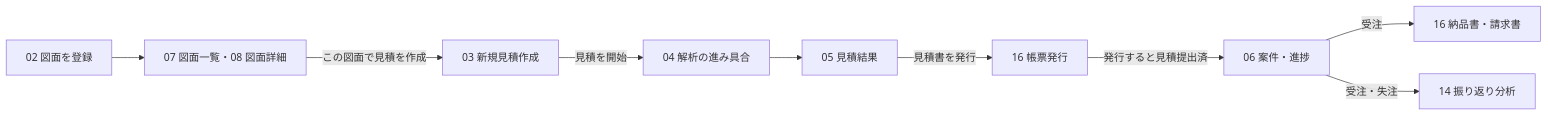
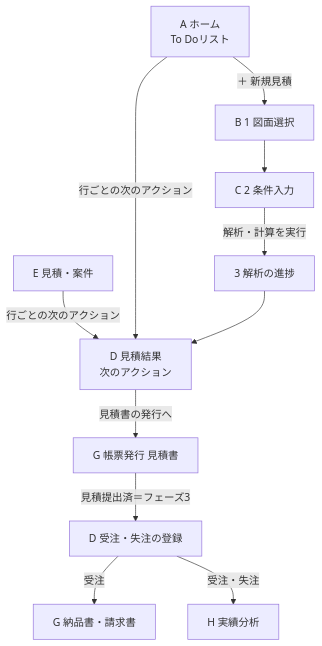
The diagram in docs/03_画面設計書.md (1975020t/step_analysis_for_automatic-estimate), drawn with Mermaid before and after one commit. The commit also changed other lines of this file and 93 other files, not shown here.

First line of the commit message:
画面を作り直す：ホーム・新規見積の4ステップ・次のアクション・フェーズ

````diff
--- a/docs/03_画面設計書.md
+++ b/docs/03_画面設計書.md
@@ -46,11 +51,13 @@
 ```mermaid 図 主な流れ
-flowchart LR
-  R[02 図面を登録] --> D[07 図面一覧・08 図面詳細]
-  D -->|この図面で見積を作成| N[03 新規見積作成]
-  N -->|見積を開始| P[04 解析の進み具合]
-  P --> E[05 見積結果]
-  E -->|見積書を発行| F[16 帳票発行]
-  F -->|発行すると見積提出済| C[06 案件・進捗]
-  C -->|受注| F2[16 納品書・請求書]
-  C -->|受注・失注| V[14 振り返り分析]
+flowchart TD
+  H[A ホーム<br/>To Doリスト] -->|＋ 新規見積| S1[B 1 図面選択]
+  C[E 見積・案件] -->|行ごとの次のアクション| E
+  H -->|行ごとの次のアクション| E
+  S1 --> S2[C 2 条件入力]
+  S2 -->|解析・計算を実行| P[3 解析の進捗]
+  P --> E[D 見積結果<br/>次のアクション]
+  E -->|見積書の発行へ| F[G 帳票発行 見積書]
+  F -->|見積提出済＝フェーズ3| W[D 受注・失注の登録]
+  W -->|受注| F2[G 納品書・請求書]
+  W -->|受注・失注| V[H 実績分析]
 ```
````
